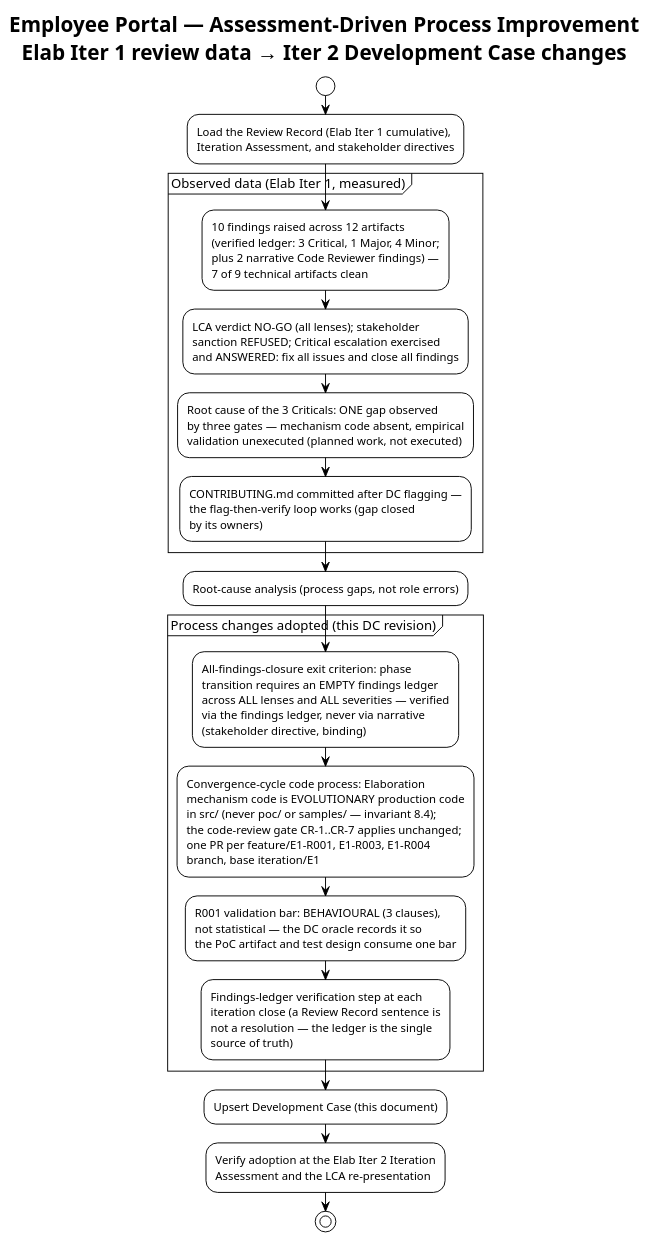
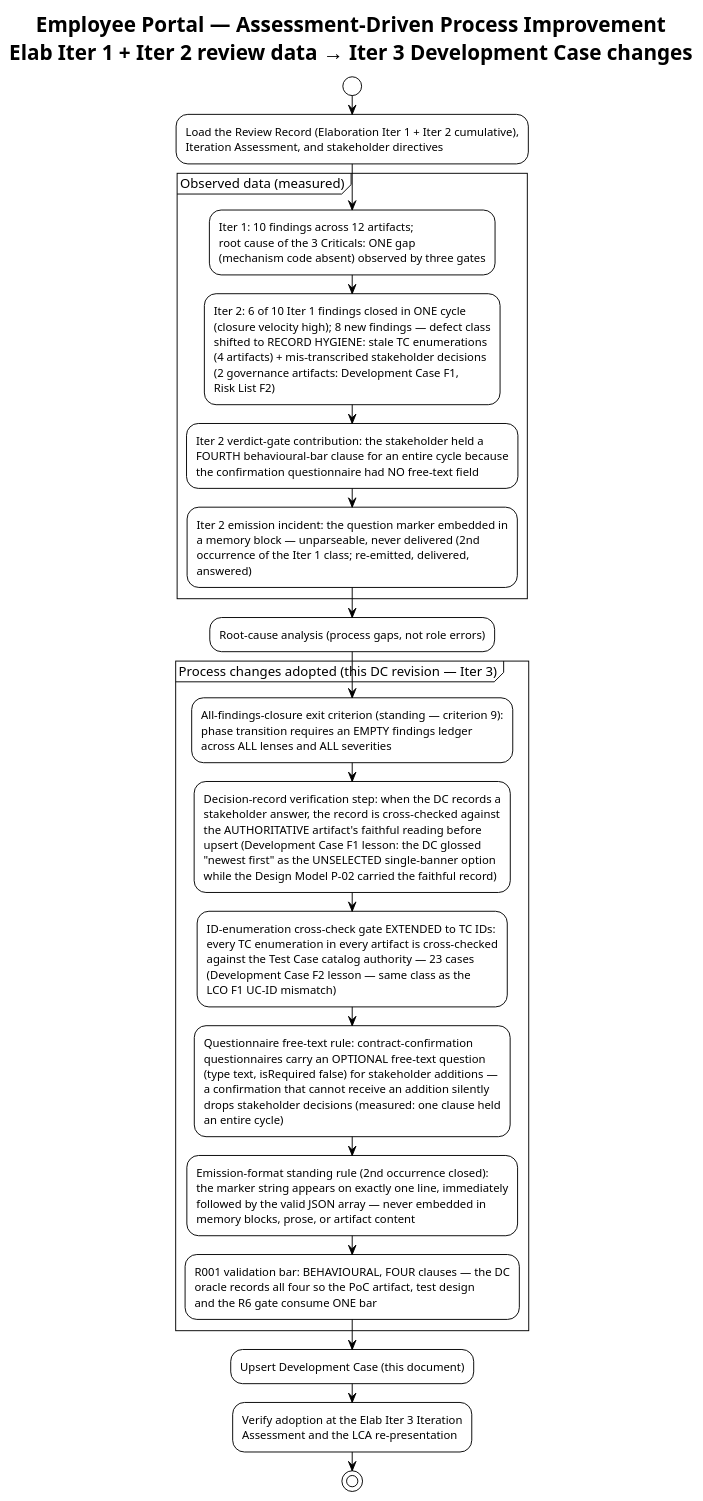
The fourth of 4 diagrams in docs/artifacts/environment/development-case.md (banense-test/employee-portal), drawn with PlantUML before and after one commit. The commit also changed other lines of this file, not shown here.

First line of the commit message:
Process Engineer [E3]: upsert Development Case

````diff
--- a/docs/artifacts/environment/development-case.md
+++ b/docs/artifacts/environment/development-case.md
@@ -366,26 +376,29 @@
 ```plantuml
 @startuml
 !theme plain
-title Employee Portal — Assessment-Driven Process Improvement\nElab Iter 1 review data → Iter 2 Development Case changes
+title Employee Portal — Assessment-Driven Process Improvement\nElab Iter 1 + Iter 2 review data → Iter 3 Development Case changes
 
 start
-:Load the Review Record (Elab Iter 1 cumulative),
+:Load the Review Record (Elaboration Iter 1 + Iter 2 cumulative),
 Iteration Assessment, and stakeholder directives;
-partition "Observed data (Elab Iter 1, measured)" {
-  :10 findings raised across 12 artifacts\n(verified ledger: 3 Critical, 1 Major, 4 Minor;\nplus 2 narrative Code Reviewer findings) —\n7 of 9 technical artifacts clean;
-  :LCA verdict NO-GO (all lenses); stakeholder\nsanction REFUSED; Critical escalation exercised\nand ANSWERED: fix all issues and close all findings;
-  :Root cause of the 3 Criticals: ONE gap observed\nby three gates — mechanism code absent, empirical\nvalidation unexecuted (planned work, not executed);
-  :CONTRIBUTING.md committed after DC flagging —\nthe flag-then-verify loop works (gap closed\nby its owners);
+partition "Observed data (measured)" {
+  :Iter 1: 10 findings across 12 artifacts;\nroot cause of the 3 Criticals: ONE gap\n(mechanism code absent) observed by three gates;
+  :Iter 2: 6 of 10 Iter 1 findings closed in ONE cycle\n(closure velocity high); 8 new findings — defect class\nshifted to RECORD HYGIENE: stale TC enumerations\n(4 artifacts) + mis-transcribed stakeholder decisions\n(2 governance artifacts: Development Case F1,\nRisk List F2);
+  :Iter 2 verdict-gate contribution: the stakeholder held a\nFOURTH behavioural-bar clause for an entire cycle because\nthe confirmation questionnaire had NO free-text field;
+  :Iter 2 emission incident: the question marker embedded in\na memory block — unparseable, never delivered (2nd\noccurrence of the Iter 1 class; re-emitted, delivered,\nanswered);
 }
 :Root-cause analysis (process gaps, not role errors);
-partition "Process changes adopted (this DC revision)" {
-  :All-findings-closure exit criterion: phase\ntransition requires an EMPTY findings ledger\nacross ALL lenses and ALL severities — verified\nvia the findings ledger, never via narrative\n(stakeholder directive, binding);
-  :Convergence-cycle code process: Elaboration\nmechanism code is EVOLUTIONARY production code\nin src/ (never poc/ or samples/ — invariant 8.4);\nthe code-review gate CR-1..CR-7 applies unchanged;\none PR per feature/E1-R001, E1-R003, E1-R004\nbranch, base iteration/E1;
-  :R001 validation bar: BEHAVIOURAL (3 clauses),\nnot statistical — the DC oracle records it so\nthe PoC artifact and test design consume one bar;
-  :Findings-ledger verification step at each\niteration close (a Review Record sentence is\nnot a resolution — the ledger is the single\nsource of truth);
+partition "Process changes adopted (this DC revision — Iter 3)" {
+  :All-findings-closure exit criterion (standing — criterion 9):\nphase transition requires an EMPTY findings ledger\nacross ALL lenses and ALL severities;
+  :Decision-record verification step: when the DC records a\nstakeholder answer, the record is cross-checked against\nthe AUTHORITATIVE artifact's faithful reading before\nupsert (Development Case F1 lesson: the DC glossed\n"newest first" as the UNSELECTED single-banner option\nwhile the Design Model P-02 carried the faithful record);
+  :ID-enumeration cross-check gate EXTENDED to TC IDs:\nevery TC enumeration in every artifact is cross-checked\nagainst the Test Case catalog authority — 23 cases\n(Development Case F2 lesson — same class as the\nLCO F1 UC-ID mismatch);
+  :Questionnaire free-text rule: contract-confirmation\nquestionnaires carry an OPTIONAL free-text question\n(type text, isRequired false) for stakeholder additions —\na confirmation that cannot receive an addition silently\ndrops stakeholder decisions (measured: one clause held\nan entire cycle);
+  :Emission-format standing rule (2nd occurrence closed):\nthe marker string appears on exactly one line, immediately\nfollowed by the valid JSON array — never embedded in\nmemory blocks, prose, or artifact content;
+  :R001 validation bar: BEHAVIOURAL, FOUR clauses — the DC\noracle records all four so the PoC artifact, test design\nand the R6 gate consume ONE bar;
 }
 :Upsert Development Case (this document);
-:Verify adoption at the Elab Iter 2 Iteration\nAssessment and the LCA re-presentation;
+:Verify adoption at the Elab Iter 3 Iteration
+Assessment and the LCA re-presentation;
 stop
 @enduml
 ```
````
